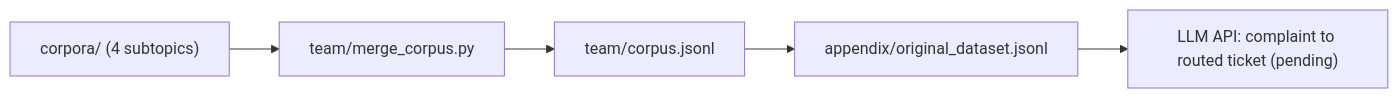
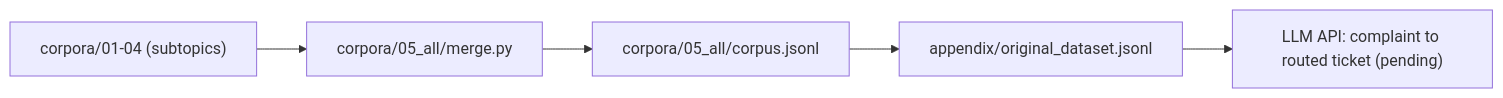
One commit to rzrizaldy/cmu_application_nlx_llm_team3 changed the diagram in README.md. Above: the diagram before and after it, drawn with Mermaid. The commit also changed other lines of this file and 9 other files, not shown here.

First line of the commit message:
Merge team layer into corpora/05_all with labels and taxonomy.

````diff
--- a/README.md
+++ b/README.md
@@ -7,7 +7,7 @@
 ```mermaid
 flowchart LR
-  corpora["corpora/ (4 subtopics)"] --> merge["team/merge_corpus.py"]
-  merge --> kb["team/corpus.jsonl"]
+  corpora["corpora/01-04 (subtopics)"] --> merge["corpora/05_all/merge.py"]
+  merge --> kb["corpora/05_all/corpus.jsonl"]
   kb --> original["appendix/original_dataset.jsonl"]
   original --> api["LLM API: complaint to routed ticket (pending)"]
 ```
````
